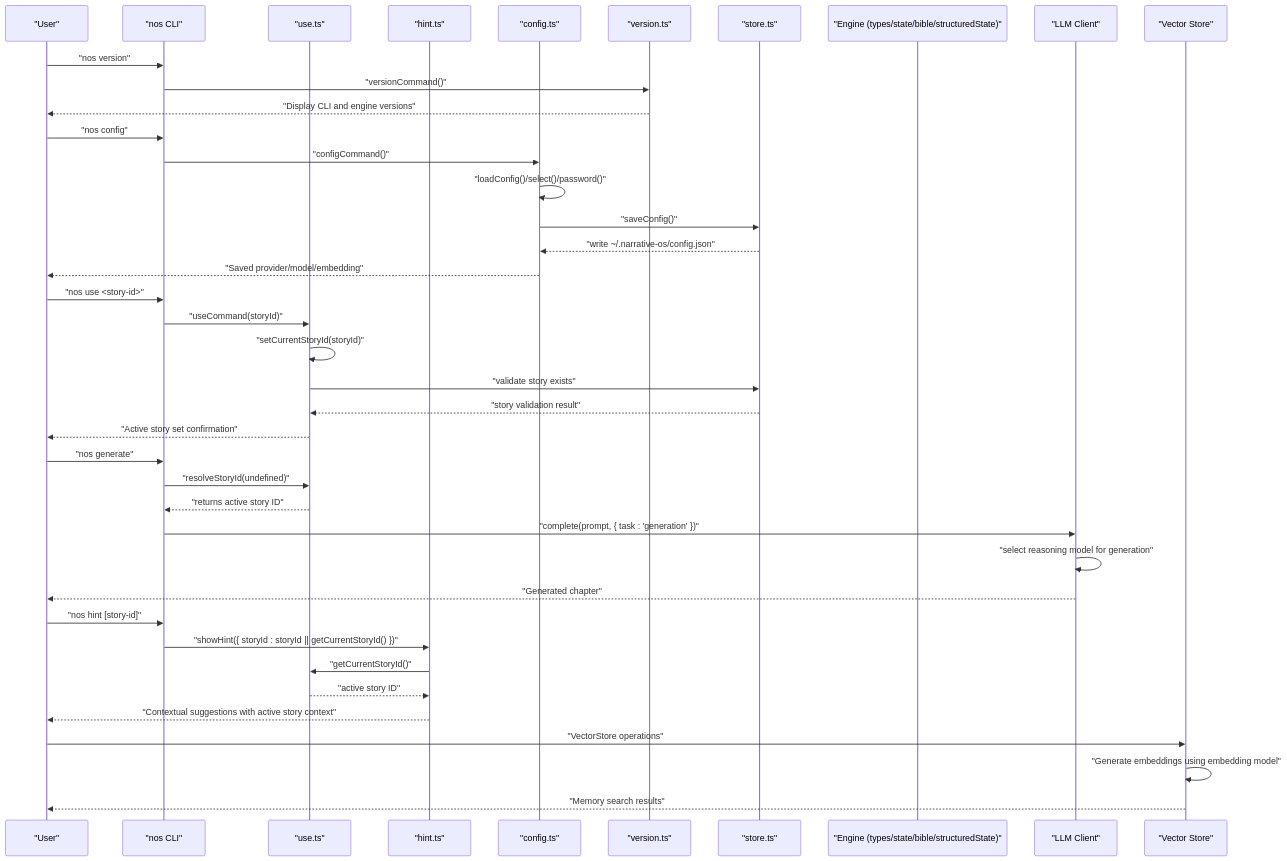
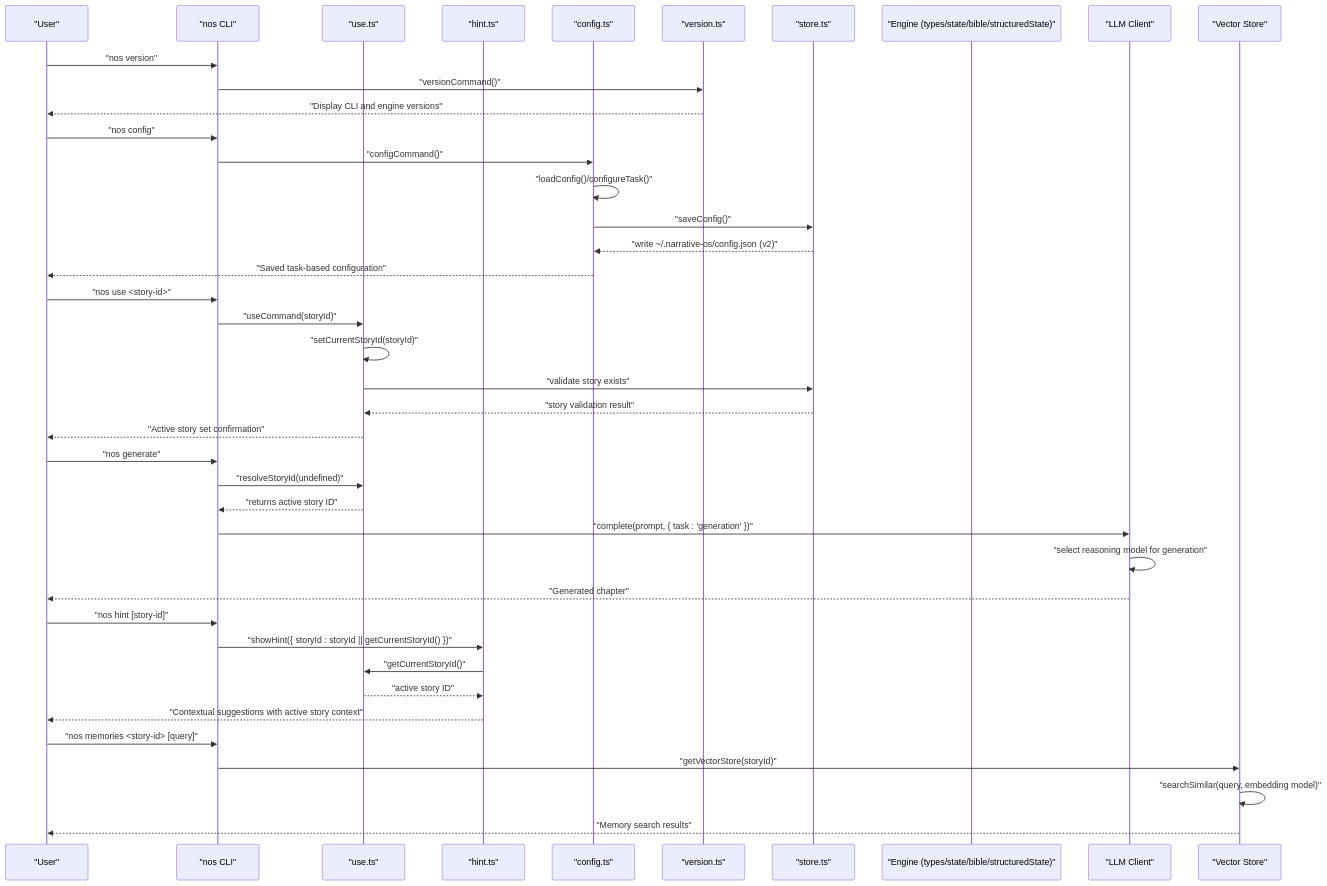
Before and after one commit to liwonder/NARRITIVE_OS: the second of 4 diagrams in .qoder/repowiki/en/content/CLI Command Reference.md, drawn with Mermaid. The commit also changed other lines of this file and 14 other files, not shown here.

````diff
--- a/.qoder/repowiki/en/content/CLI Command Reference.md
+++ b/.qoder/repowiki/en/content/CLI Command Reference.md
@@ -193,42 +197,43 @@
 ```mermaid
 sequenceDiagram
 participant User as "User"
 participant CLI as "nos CLI"
 participant Use as "use.ts"
 participant Hint as "hint.ts"
 participant Config as "config.ts"
 participant Version as "version.ts"
 participant Store as "store.ts"
 participant Engine as "Engine (types/state/bible/structuredState)"
 participant LLMClient as "LLM Client"
 participant VectorStore as "Vector Store"
 User->>CLI : "nos version"
 CLI->>Version : "versionCommand()"
 Version-->>User : "Display CLI and engine versions"
 User->>CLI : "nos config"
 CLI->>Config : "configCommand()"
-Config->>Config : "loadConfig()/select()/password()"
+Config->>Config : "loadConfig()/configureTask()"
 Config->>Store : "saveConfig()"
-Store-->>Config : "write ~/.narrative-os/config.json"
-Config-->>User : "Saved provider/model/embedding"
+Store-->>Config : "write ~/.narrative-os/config.json (v2)"
+Config-->>User : "Saved task-based configuration"
 User->>CLI : "nos use <story-id>"
 CLI->>Use : "useCommand(storyId)"
 Use->>Use : "setCurrentStoryId(storyId)"
 Use->>Store : "validate story exists"
 Store-->>Use : "story validation result"
 Use-->>User : "Active story set confirmation"
 User->>CLI : "nos generate"
 CLI->>Use : "resolveStoryId(undefined)"
 Use-->>CLI : "returns active story ID"
 CLI->>LLMClient : "complete(prompt, { task : 'generation' })"
 LLMClient->>LLMClient : "select reasoning model for generation"
 LLMClient-->>User : "Generated chapter"
 User->>CLI : "nos hint [story-id]"
 CLI->>Hint : "showHint({ storyId : storyId || getCurrentStoryId() })"
 Hint->>Use : "getCurrentStoryId()"
 Use-->>Hint : "active story ID"
 Hint-->>User : "Contextual suggestions with active story context"
-User->>VectorStore : "VectorStore operations"
-VectorStore->>VectorStore : "Generate embeddings using embedding model"
+User->>CLI : "nos memories <story-id> [query]"
+CLI->>VectorStore : "getVectorStore(storyId)"
+VectorStore->>VectorStore : "searchSimilar(query, embedding model)"
 VectorStore-->>User : "Memory search results"
 ```
````
